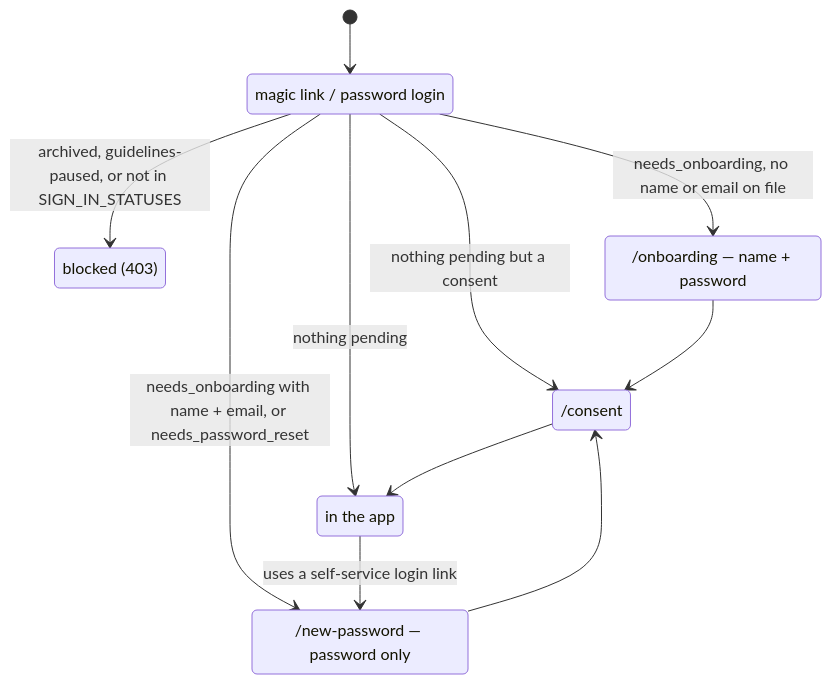
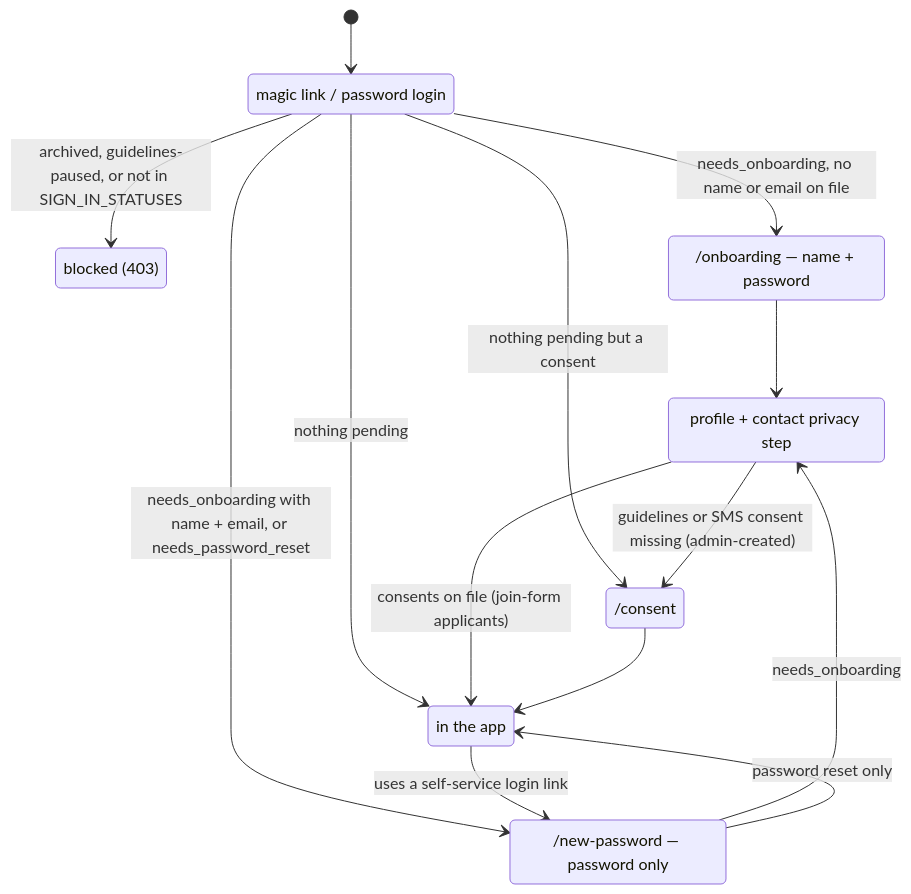
One commit to ProteinDeficientsAnonymous/pda changed the third of 3 diagrams in .claude/docs/user-states.md. Above: the diagram before and after it, drawn with Mermaid. The commit also changed other lines of this file, not shown here.

Commit message:
docs(users): sync user-states with check-in-only attendance unpause (#2387)

````diff
--- a/.claude/docs/user-states.md
+++ b/.claude/docs/user-states.md
@@ -105,20 +105,24 @@
 ```mermaid
 stateDiagram-v2
     state "magic link / password login" as Login
     state "blocked (403)" as Blocked
     state "/onboarding — name + password" as Onboarding
     state "/new-password — password only" as NewPassword
+    state "profile + contact privacy step" as Profile
     state "/consent" as Consent
     state "in the app" as Ready
 
     [*] --> Login
     Login --> Blocked: archived, guidelines-paused, or not in SIGN_IN_STATUSES
     Login --> Onboarding: needs_onboarding, no name or email on file
     Login --> NewPassword: needs_onboarding with name + email, or needs_password_reset
     Login --> Consent: nothing pending but a consent
     Login --> Ready: nothing pending
-    Onboarding --> Consent
-    NewPassword --> Consent
+    Onboarding --> Profile
+    NewPassword --> Profile: needs_onboarding
+    NewPassword --> Ready: password reset only
+    Profile --> Consent: guidelines or SMS consent missing (admin-created)
+    Profile --> Ready: consents on file (join-form applicants)
     Consent --> Ready
     Ready --> NewPassword: uses a self-service login link
 ```
````
